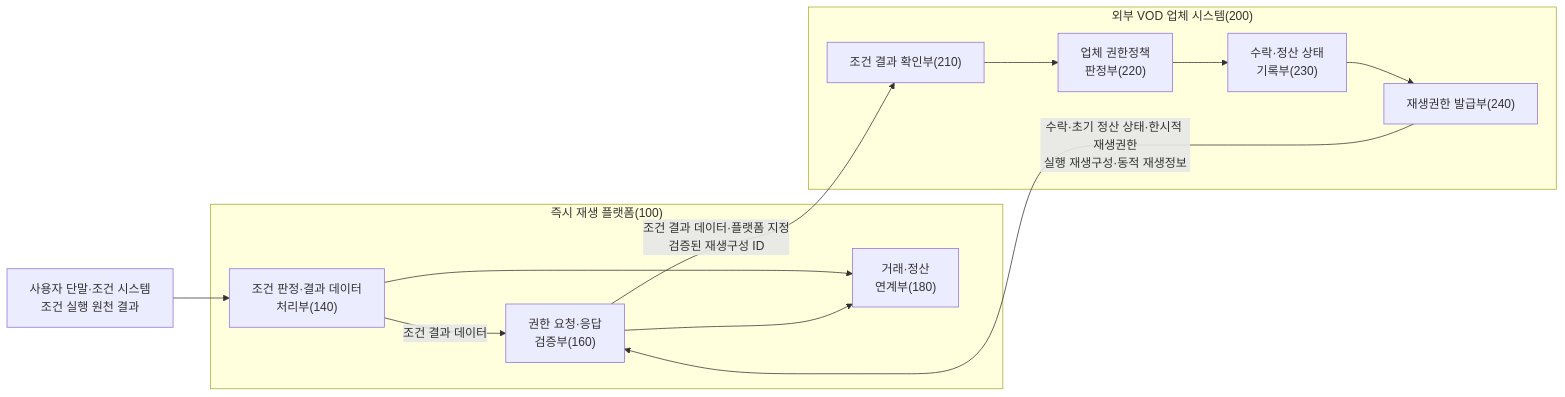
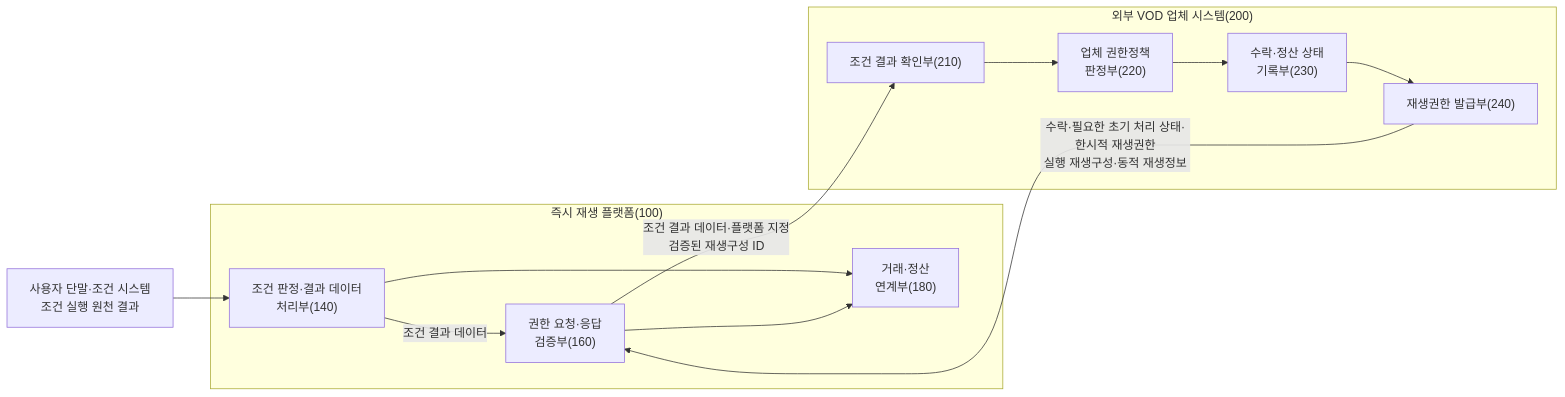
The third of 14 diagrams in instant_play_직무발명서_개선본.md (growdai1y/instant-play), drawn with Mermaid before and after one commit. The commit also changed other lines of this file and 1 other file, not shown here.

````diff
--- a/instant_play_직무발명서_개선본.md
+++ b/instant_play_직무발명서_개선본.md
@@ -207,29 +206,29 @@
 ```mermaid
 flowchart LR
     SOURCE["사용자 단말·조건 시스템<br/>조건 실행 원천 결과"]
 
     subgraph PLATFORM["즉시 재생 플랫폼(100)"]
         CONDITION["조건 판정·결과 데이터<br/>처리부(140)"]
         GRANT["권한 요청·응답<br/>검증부(160)"]
         SETTLE["거래·정산<br/>연계부(180)"]
 
         CONDITION -->|"조건 결과 데이터"| GRANT
         CONDITION --> SETTLE
         GRANT --> SETTLE
     end
 
     subgraph PROVIDER["외부 VOD 업체 시스템(200)"]
         RESULTCHECK["조건 결과 확인부(210)"]
         RIGHTSCHECK["업체 권한정책<br/>판정부(220)"]
         RECORD["수락·정산 상태<br/>기록부(230)"]
         ISSUE["재생권한 발급부(240)"]
 
         RESULTCHECK --> RIGHTSCHECK
         RIGHTSCHECK --> RECORD
         RECORD --> ISSUE
     end
 
     SOURCE --> CONDITION
     GRANT -->|"조건 결과 데이터·플랫폼 지정<br/>검증된 재생구성 ID"| RESULTCHECK
-    ISSUE -->|"수락·초기 정산 상태·한시적 재생권한<br/>실행 재생구성·동적 재생정보"| GRANT
+    ISSUE -->|"수락·필요한 초기 처리 상태·한시적 재생권한<br/>실행 재생구성·동적 재생정보"| GRANT
 ```
````
